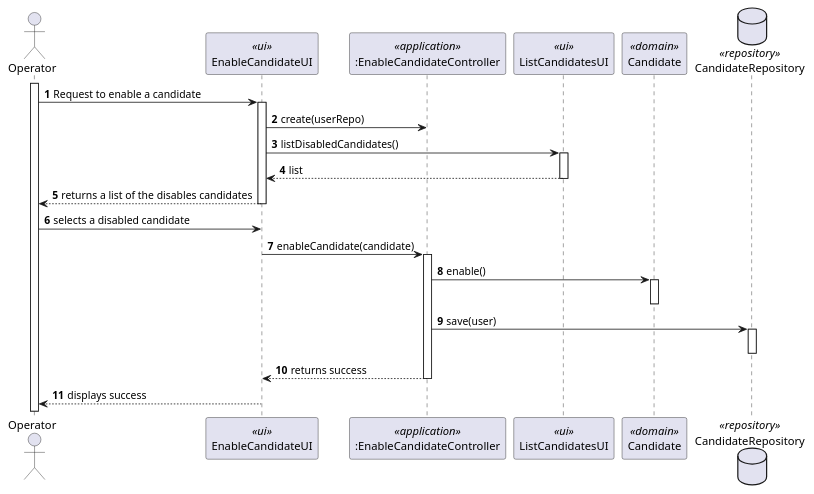
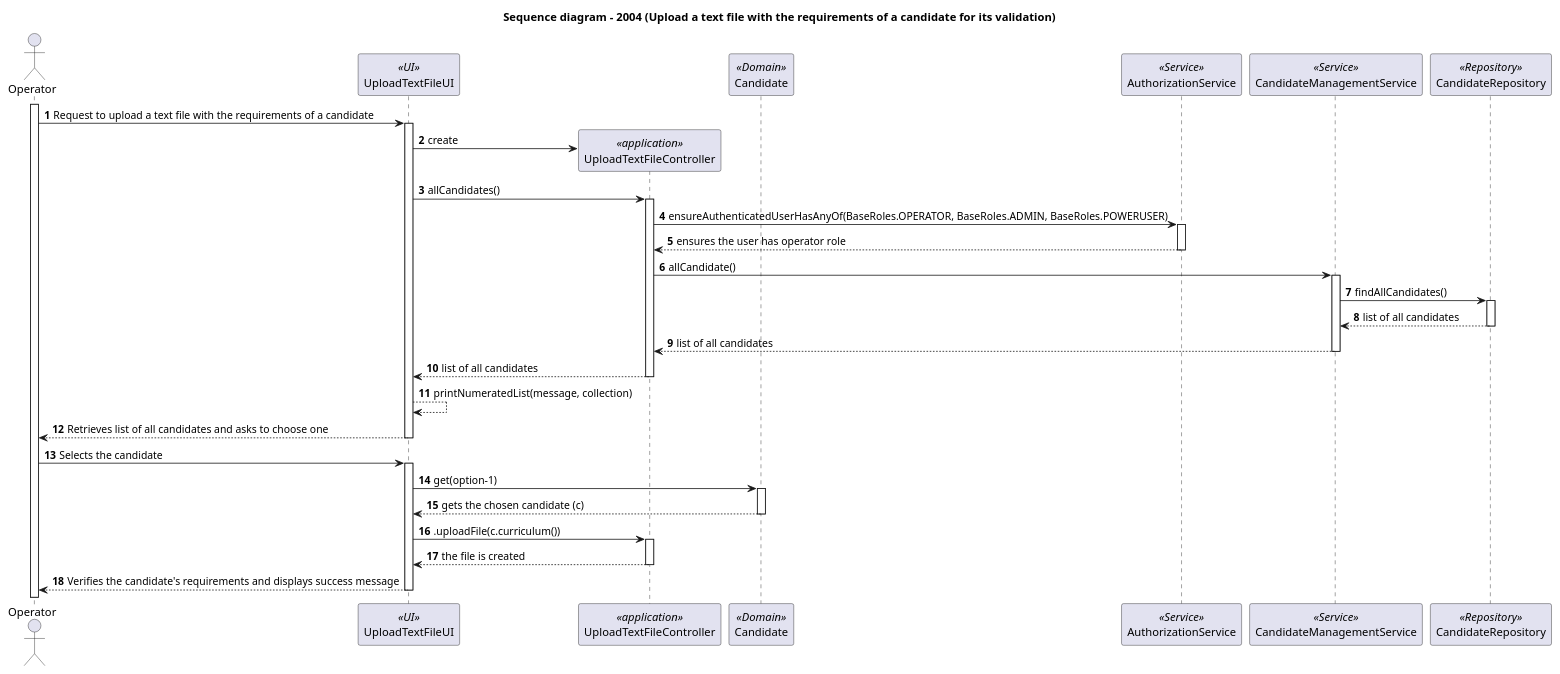
The diagram in docs/sprintC/2004/2004-sequence-diagram.puml (marcoferreira37/Lapr4), drawn with PlantUML before and after one commit. The commit also changed other lines of this file, not shown here.

Commit message:
#48 sd done, some changes need to be done for the grammar part

```diff
--- a/docs/sprintC/2004/2004-sequence-diagram.puml
+++ b/docs/sprintC/2004/2004-sequence-diagram.puml
@@ -1,35 +1,49 @@
 @startuml
 autonumber
-actor Operator as ADM
-participant "EnableCandidateUI" as UI <<ui>>
-participant ":EnableCandidateController" as CTRL <<application>>
-participant "ListCandidatesUI" as LUI <<ui>>
-participant "Candidate" as EU <<domain>>
-database "CandidateRepository" as REPO <<repository>>
 
-activate ADM
-ADM-> UI : Request to enable a candidate
+title "Sequence diagram - 2004 (Upload a text file with the requirements of a candidate for its validation)"
+actor Operator as Operator
+participant UploadTextFileUI as UI <<UI>>
+participant "UploadTextFileController" as CTRL <<application>>
+participant "Candidate" as C <<Domain>>
+participant "AuthorizationService" as AS <<Service>>
+participant "CandidateManagementService" as CMS <<Service>>
+participant "CandidateRepository" as CREPO <<Repository>>
+
+activate Operator
+Operator -> UI: Request to upload a text file with the requirements of a candidate
 activate UI
-UI -> CTRL : create(userRepo)
-UI -> LUI: listDisabledCandidates()
-activate LUI
-LUI --> UI : list
-deactivate LUI
-UI-->ADM: returns a list of the disables candidates
+UI-> CTRL**: create
+UI->CTRL:allCandidates()
+activate CTRL
+CTRL->AS:ensureAuthenticatedUserHasAnyOf(BaseRoles.OPERATOR, BaseRoles.ADMIN, BaseRoles.POWERUSER)
+activate AS
+AS--> CTRL: ensures the user has operator role
+deactivate AS
+CTRL->CMS:allCandidate()
+activate CMS
+CMS-> CREPO:findAllCandidates()
+activate CREPO
+CREPO--> CMS:list of all candidates
+deactivate CREPO
+CMS-->CTRL : list of all candidates
+deactivate CMS
+CTRL--> UI: list of all candidates
+deactivate CTRL
+UI-->UI:printNumeratedList(message, collection)
+UI --> Operator: Retrieves list of all candidates and asks to choose one
 deactivate UI
-ADM -> UI : selects a disabled candidate
-UI -> CTRL : enableCandidate(candidate)
+Operator -> UI: Selects the candidate
+activate UI
+UI->C: get(option-1)
+activate C
+C--> UI: gets the chosen candidate (c)
+deactivate C
+UI->CTRL:.uploadFile(c.curriculum())
 activate CTRL
-CTRL -> EU : enable()
-activate EU
-deactivate EU
-CTRL -> REPO : save(user)
-activate REPO
-deactivate REPO
-CTRL --> UI : returns success
+CTRL--> UI: the file is created
 deactivate CTRL
-UI --> ADM : displays success
+UI --> Operator: Verifies the candidate's requirements and displays success message
 deactivate UI
 
-
 @enduml
```
